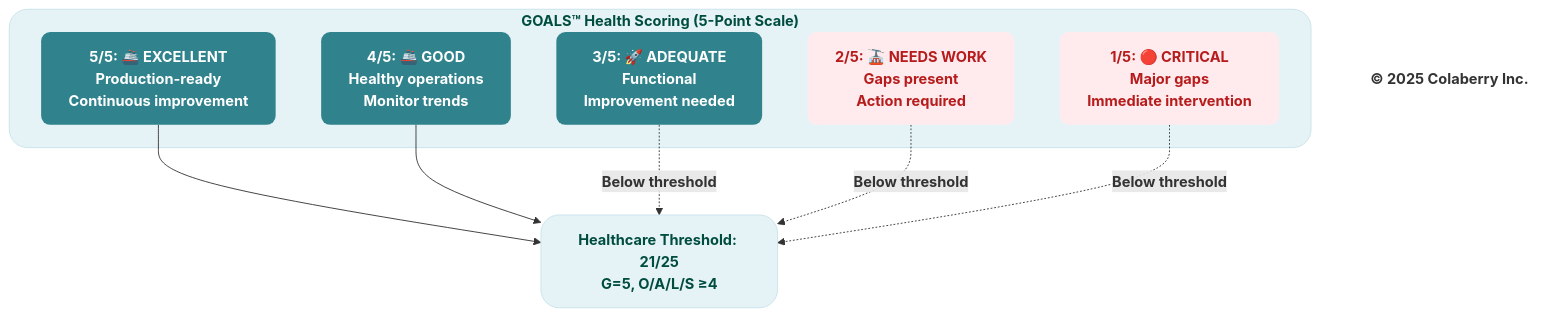
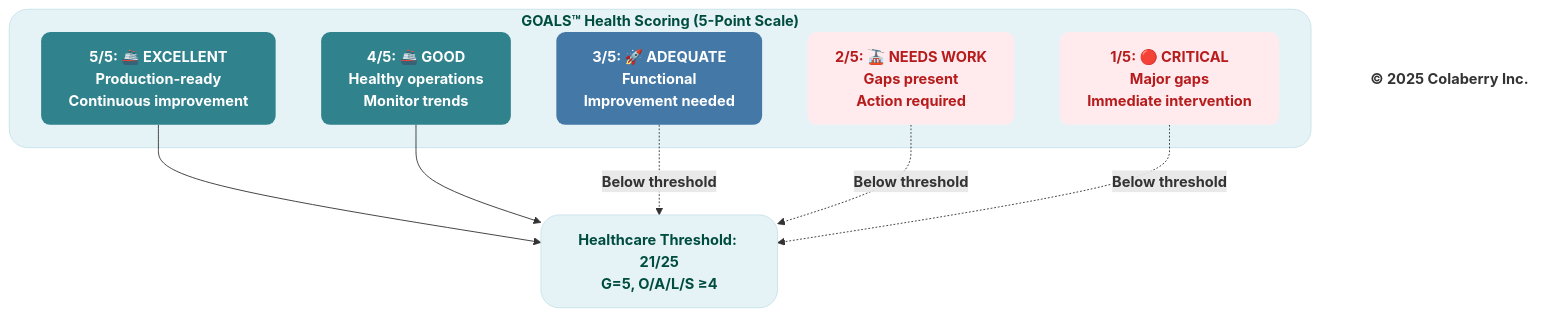
Before and after one commit to saitejesh-cyber/trust-before-intelligence-book: the diagram in mermaid-source/figure-7-14.mmd, drawn with Mermaid. The commit also changed 21 other files, not shown here.

Commit message:
Address Ram feedback for Chapter 4-9 figure palette alignment

```diff
--- a/mermaid-source/figure-7-14.mmd
+++ b/mermaid-source/figure-7-14.mmd
@@ -1,27 +1,27 @@
 graph TB
     subgraph SCORING["<b>GOALS™ Health Scoring (5-Point Scale)</b>"]
         EXCELLENT["<b>5/5: 🚢 EXCELLENT</b><br/><b>Production-ready</b><br/><b>Continuous improvement</b>"]
         GOOD["<b>4/5: 🚢 GOOD</b><br/><b>Healthy operations</b><br/><b>Monitor trends</b>"]
         ADEQUATE["<b>3/5: 🚀 ADEQUATE</b><br/><b>Functional</b><br/><b>Improvement needed</b>"]
         NEEDS["<b>2/5: 🚠 NEEDS WORK</b><br/><b>Gaps present</b><br/><b>Action required</b>"]
         CRITICAL["<b>1/5: 🔴 CRITICAL</b><br/><b>Major gaps</b><br/><b>Immediate intervention</b>"]
     end
     
     THRESHOLD["<b>Healthcare Threshold: 21/25</b><br/><b>G=5, O/A/L/S ≥4</b>"]
     
     EXCELLENT --> THRESHOLD
     GOOD --> THRESHOLD
     ADEQUATE -.->|<b>Below threshold</b>| THRESHOLD
     NEEDS -.->|<b>Below threshold</b>| THRESHOLD
     CRITICAL -.->|<b>Below threshold</b>| THRESHOLD
     
     style SCORING fill:#e6f3f6,stroke:#c7e3ea,stroke-width:1px,color:#004d40,rx:20,ry:20
     style EXCELLENT fill:#30838C,stroke:none,color:#ffffff,rx:10,ry:10
     style GOOD fill:#30838C,stroke:none,color:#ffffff,rx:10,ry:10
-    style ADEQUATE fill:#30838C,stroke:none,color:#ffffff,rx:10,ry:10
+    style ADEQUATE fill:#4478A6,stroke:none,color:#ffffff,rx:10,ry:10
     style NEEDS fill:#ffebee,stroke:none,color:#b71c1c,rx:10,ry:10
     style CRITICAL fill:#ffebee,stroke:none,color:#b71c1c,rx:10,ry:10
     style THRESHOLD fill:#e6f3f6,stroke:#c7e3ea,stroke-width:1px,color:#004d40,rx:20,ry:20
     
     Copyright["<b>© 2025 Colaberry Inc.</b>"]
     style Copyright fill:none,stroke:none,color:#333333
```
